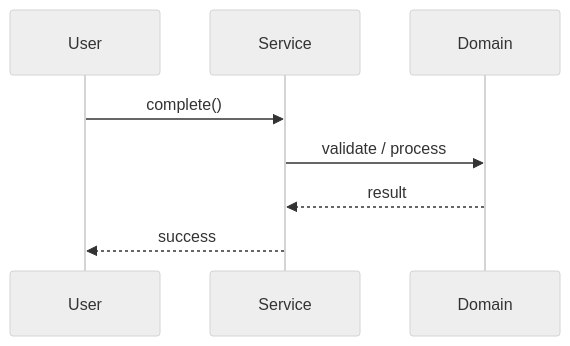
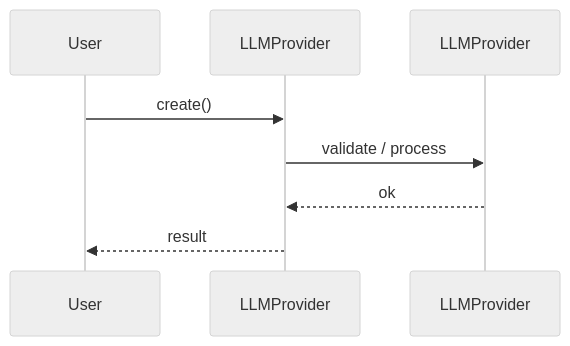
The second of 3 diagrams in Learn/System Design - Low Level Design/05-genai-llm-lld/questions/Q06-llm-provider-abstraction.md (madhupaila/Interview-Prep-SSE), drawn with Mermaid (neutral theme) before and after one commit. The commit also changed other lines of this file and 491 other files, not shown here.

````diff
--- a/Learn/System Design - Low Level Design/05-genai-llm-lld/questions/Q06-llm-provider-abstraction.md
+++ b/Learn/System Design - Low Level Design/05-genai-llm-lld/questions/Q06-llm-provider-abstraction.md
@@ -121,10 +149,10 @@
 ```mermaid
 sequenceDiagram
-    participant U as User
-    participant S as Service
-    participant D as Domain
-    U->>S: complete()
-    S->>D: validate / process
-    D-->>S: result
-    S-->>U: success
+participant U as User
+participant S as LLMProvider
+participant D as LLMProvider
+U->>S: create()
+S->>D: validate / process
+D-->>S: ok
+S-->>U: result
 ```
````
